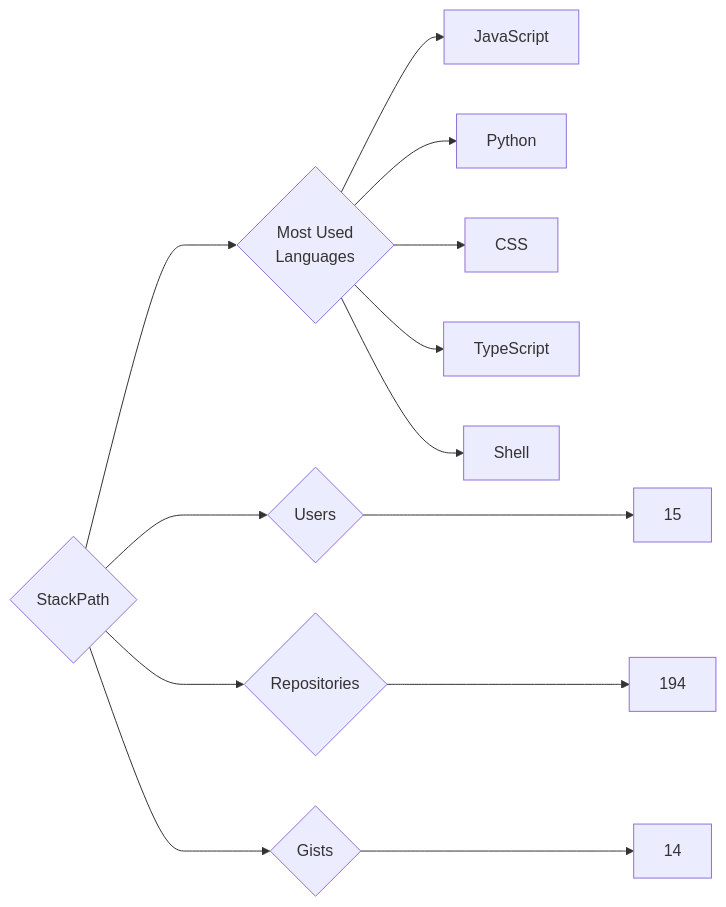
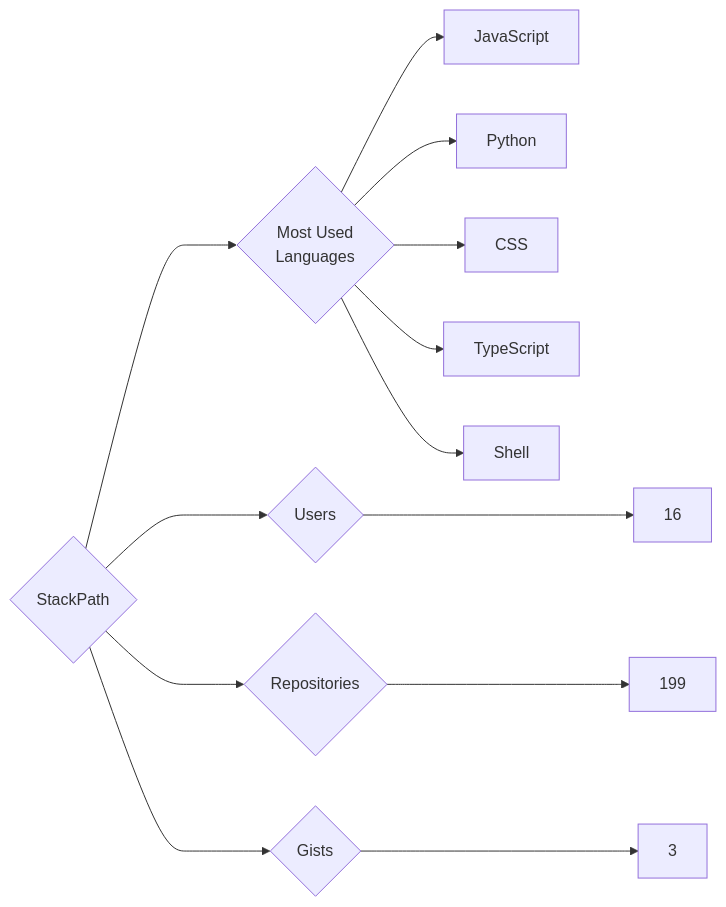
The diagram in targets/StackPath/README.md (trickest/insiders), drawn with Mermaid before and after one commit. The commit also changed 969 other files, not shown here.

````diff
--- a/targets/StackPath/README.md
+++ b/targets/StackPath/README.md
@@ -3,13 +3,13 @@
 ```mermaid
 graph LR
 COMPANY_NAME{StackPath}
-COMPANY_NAME ---> U{Users} ---> UN[15]
-COMPANY_NAME ---> R{Repositories} ---> RN[194]
-COMPANY_NAME ---> G{Gists} ---> GN[14]
+COMPANY_NAME ---> U{Users} ---> UN[16]
+COMPANY_NAME ---> R{Repositories} ---> RN[199]
+COMPANY_NAME ---> G{Gists} ---> GN[3]
 COMPANY_NAME ---> ML{Most Used<br>Languages}
 ML --> JavaScript[JavaScript]
 ML --> Python[Python]
 ML --> CSS[CSS]
 ML --> TypeScript[TypeScript]
 ML --> Shell[Shell]
 ```
````
